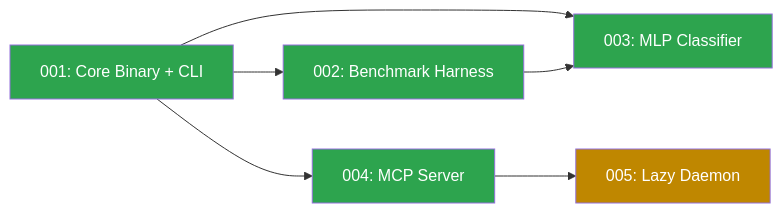
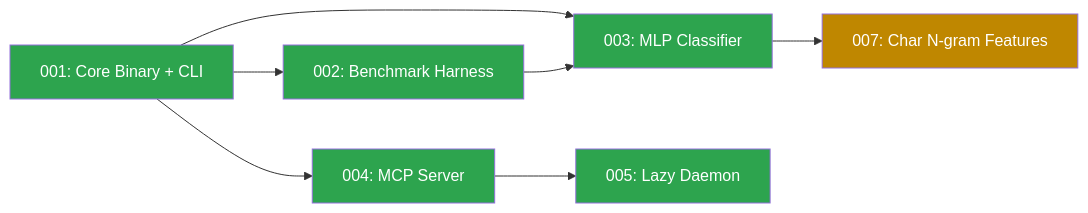
One commit to srobroek/computer-says-no changed the diagram in docs/spec-dependency-graph.md. Above: the diagram before and after it, drawn with Mermaid. The commit also changed other lines of this file and 2 other files, not shown here.

First line of the commit message:
docs: update CLAUDE.md, dep graph, mark tasks for spec 007 (T015-T017)

````diff
--- a/docs/spec-dependency-graph.md
+++ b/docs/spec-dependency-graph.md
@@ -3,18 +3,20 @@
 ```mermaid
 graph LR
     001[001: Core Binary + CLI]:::done
     002[002: Benchmark Harness]:::done
     003[003: MLP Classifier]:::done
     004[004: MCP Server]:::done
-    005[005: Lazy Daemon]:::ready
+    005[005: Lazy Daemon]:::done
+    007[007: Char N-gram Features]:::ready
 
     001 --> 002
     001 --> 003
     001 --> 004
     002 --> 003
     004 --> 005
+    003 --> 007
 
     classDef done fill:#2da44e,color:#fff
     classDef ready fill:#bf8700,color:#fff
     classDef future fill:#656d76,color:#fff
 ```
````
